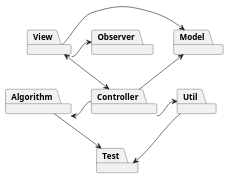
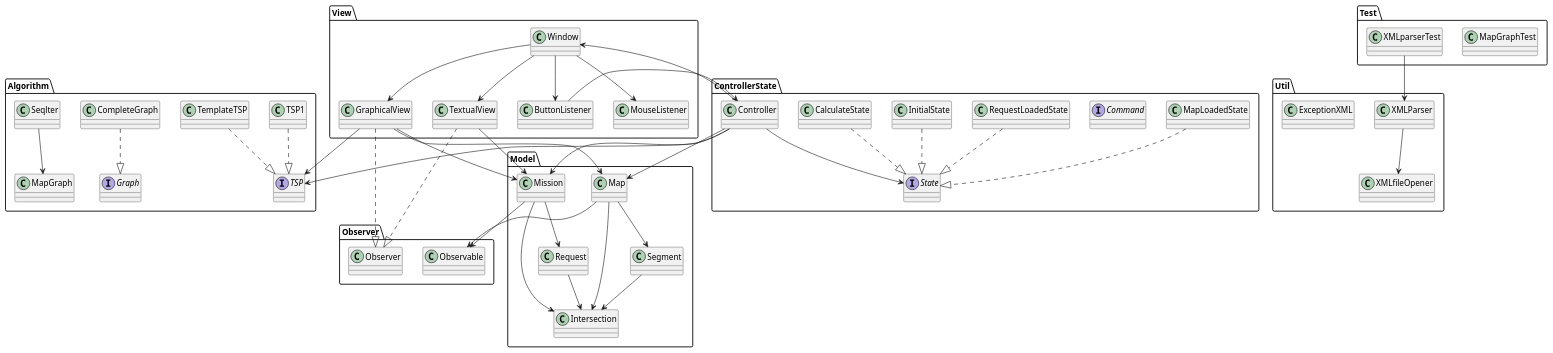
One commit to Karlenkko/Agile-OnErrand changed the diagram in src/documentation/PackageDiagram.puml. Above: the diagram before and after it, drawn with PlantUML.

Commit message:
doc(PackageDiagram): finished except the part for the algorithm

```diff
--- a/src/documentation/PackageDiagram.puml
+++ b/src/documentation/PackageDiagram.puml
@@ -1,44 +1,139 @@
 @startuml
 
 'abstract class AbstractList
 'abstract AbstractCollection
 'interface List
 'interface Collection
 '
 'List <|-- AbstractList
 'Collection <|-- AbstractCollection
 '
 'Collection <|- List
 'AbstractCollection <|- AbstractList
 'AbstractList <|-- ArrayList
 '
 'class ArrayList {
 'Object[] elementData
 'size()
 '}
 '
 'enum TimeUnit {
 'DAYS
 'HOURS
 'MINUTES
 '}
 
-Package Controller
-Package Util
-Package Algorithm
-Package Model
-Package Test
-Package View
-Package Observer
 
-View <-down-> Controller
-Controller -up-> Model
-View -> Model
-Algorithm <- Controller
-Controller -> Util
 
-Util -down-> Test
-Algorithm -down-> Test
-View -> Observer
+Package ControllerState{
+    class Controller
+
+    interface Command
+    class InitialState
+    class CalculateState
+    class MapLoadedState
+    class RequestLoadedState
+
+    interface State
+    Controller --> State
+    InitialState ..|> State
+    CalculateState ..|> State
+    MapLoadedState ..|> State
+    RequestLoadedState ..|> State
+}
+Package Util{
+    class XMLParser
+    class XMLfileOpener
+    class ExceptionXML
+
+    XMLParser --> XMLfileOpener
+
+}
+Package Algorithm{
+    interface TSP
+    class TSP1
+    class TemplateTSP
+    interface Graph
+    class CompleteGraph
+    class MapGraph
+    class Seqlter
+
+    Controller --> TSP
+    TSP1 ..|> TSP
+    TemplateTSP ..|> TSP
+    CompleteGraph..|> Graph
+    Seqlter --> MapGraph
+
+}
+Package Model{
+    class Intersection
+    class Map
+    class Mission
+    class Request
+    class Segment
+
+    Map --> Intersection
+    Map --> Segment
+    Controller --> Map
+
+    Controller --> Mission
+    Mission --> Intersection
+    Mission --> Request
+
+    Request --> Intersection
+    Segment --> Intersection
+
+}
+Package Test{
+    class MapGraphTest
+    class XMLparserTest
+
+    XMLparserTest --> XMLParser
+}
+Package View{
+    class Window
+    class TextualView
+    class GraphicalView
+    class ButtonListener
+    class MouseListener
+
+    Controller --> Window
+    Window --> TextualView
+    Window --> GraphicalView
+    Window --> ButtonListener
+    Window --> MouseListener
+
+    TextualView --> Mission
+
+    GraphicalView --> Map
+    GraphicalView --> Mission
+    GraphicalView --> TSP
+
+    'MouseListener --> Controller
+    ButtonListener --> Controller
+
+}
+Package Observer{
+    class Observer
+    class Observable
+
+    TextualView ..|> Observer
+    GraphicalView ..|> Observer
+
+    Map --> Observable
+    Mission --> Observable
+}
+
+
+
+'View <--> ControllerState
+'ControllerState --> Model
+'View -> Model
+'Algorithm <- ControllerState
+'ControllerState -> Util
+'
+'Util --> Test
+'Algorithm --> Test
+'View -> Observer
 
 @enduml
```
